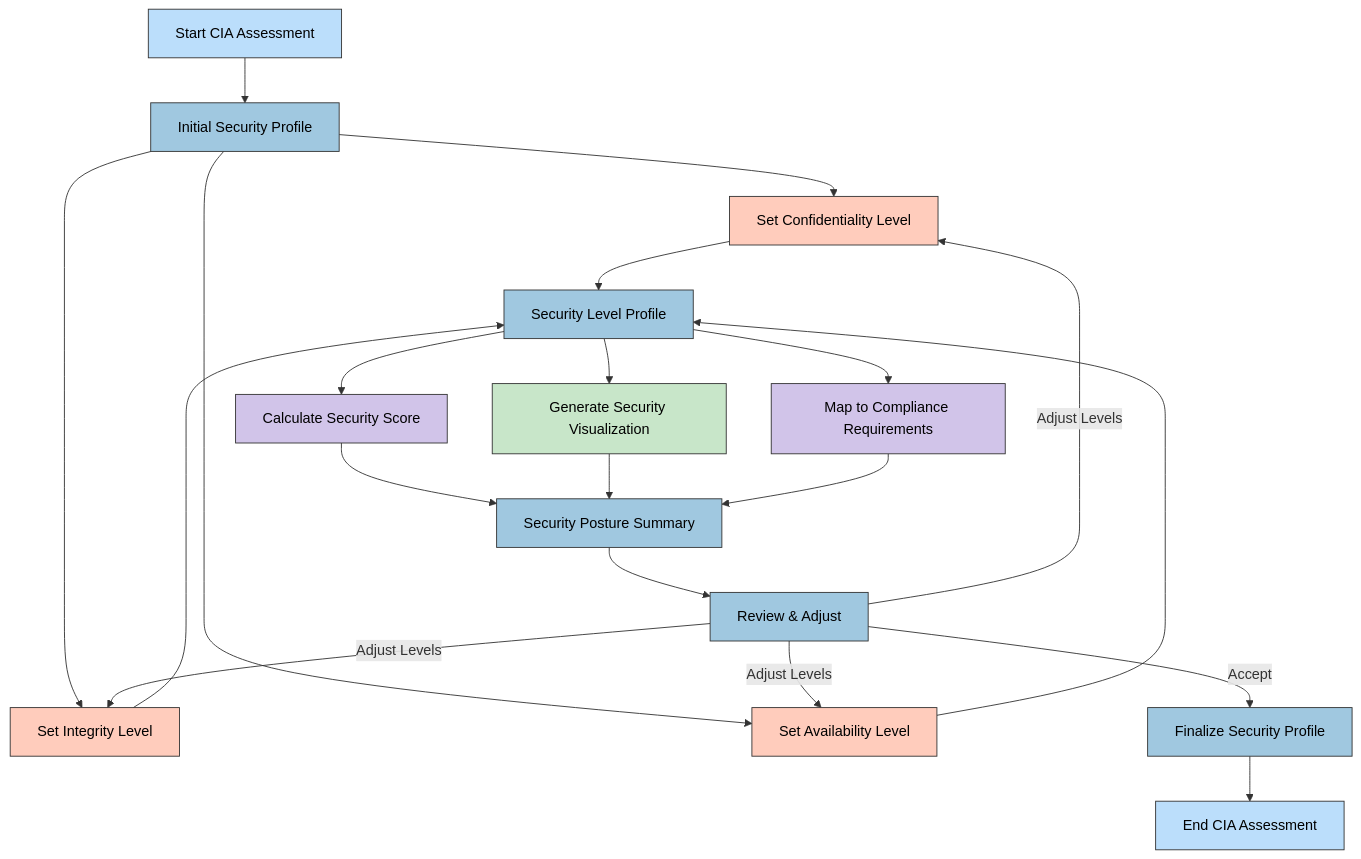
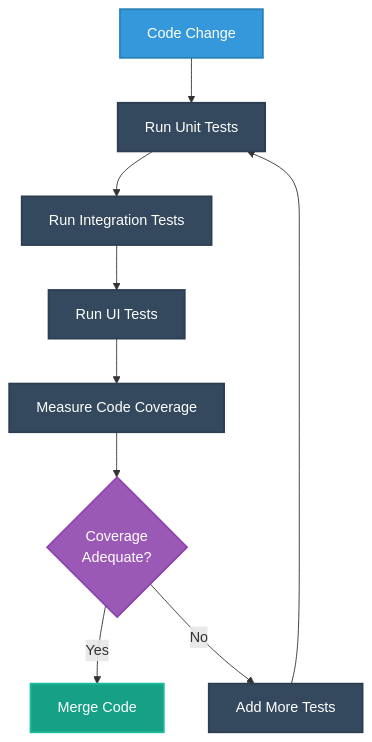
One commit to Hack23/cia-compliance-manager changed the fourth of 5 diagrams in docs/architecture/FLOWCHART.md. Above: the diagram before and after it, drawn with Mermaid. The commit also changed other lines of this file and 7 other files, not shown here.

First line of the commit message:
Enhance documentation for CIA Compliance Manager CI/CD workflows (#208)

````diff
--- a/docs/architecture/FLOWCHART.md
+++ b/docs/architecture/FLOWCHART.md
@@ -209,39 +123,22 @@
 ```mermaid
 flowchart TD
-    A[Start CIA Assessment] --> B[Initial Security Profile]
-    B --> C1[Set Confidentiality Level]
-    B --> C2[Set Integrity Level]
-    B --> C3[Set Availability Level]
+    CodeChange[Code Change] --> UnitTests[Run Unit Tests]
+    UnitTests --> IntegrationTests[Run Integration Tests]
+    IntegrationTests --> UITests[Run UI Tests]
+    UITests --> CoverageMeasurement[Measure Code Coverage]
+    CoverageMeasurement --> Adequate{Coverage<br>Adequate?}
+    Adequate -->|Yes| MergeCode[Merge Code]
+    Adequate -->|No| AddTests[Add More Tests]
+    AddTests --> UnitTests
     
-    C1 --> D[Security Level Profile]
-    C2 --> D
-    C3 --> D
+    %% Apply styles using class definitions
+    classDef start fill:#3498db,stroke:#2980b9,stroke-width:2px,color:white
+    classDef process fill:#34495e,stroke:#2c3e50,stroke-width:2px,color:white
+    classDef decision fill:#9b59b6,stroke:#8e44ad,stroke-width:2px,color:white
+    classDef endProcess fill:#16a085,stroke:#1abc9c,stroke-width:2px,color:white
     
-    D --> E[Calculate Security Score]
-    D --> F[Generate Security Visualization]
-    D --> G[Map to Compliance Requirements]
-    
-    E & F & G --> H[Security Posture Summary]
-    H --> I[Review & Adjust]
-    
-    I -->|Adjust Levels| C1
-    I -->|Adjust Levels| C2
-    I -->|Adjust Levels| C3
-    
-    I -->|Accept| J[Finalize Security Profile]
-    J --> K[End CIA Assessment]
-
-    %% Cool color scheme
-    classDef startState fill:#bbdefb,stroke:#333,stroke-width:1px,color:black
-    classDef process fill:#a0c8e0,stroke:#333,stroke-width:1px,color:black
-    classDef selection fill:#ffccbc,stroke:#333,stroke-width:1px,color:black
-    classDef calculation fill:#d1c4e9,stroke:#333,stroke-width:1px,color:black
-    classDef result fill:#c8e6c9,stroke:#333,stroke-width:1px,color:black
-    classDef endState fill:#86b5d9,stroke:#333,stroke-width:1px,color:black
-
-    class A,K startState
-    class B,D,H,I,J process
-    class C1,C2,C3 selection
-    class E,G calculation
-    class F result
+    class CodeChange start
+    class UnitTests,IntegrationTests,UITests,CoverageMeasurement,AddTests process
+    class Adequate decision
+    class MergeCode endProcess
 ```
````
